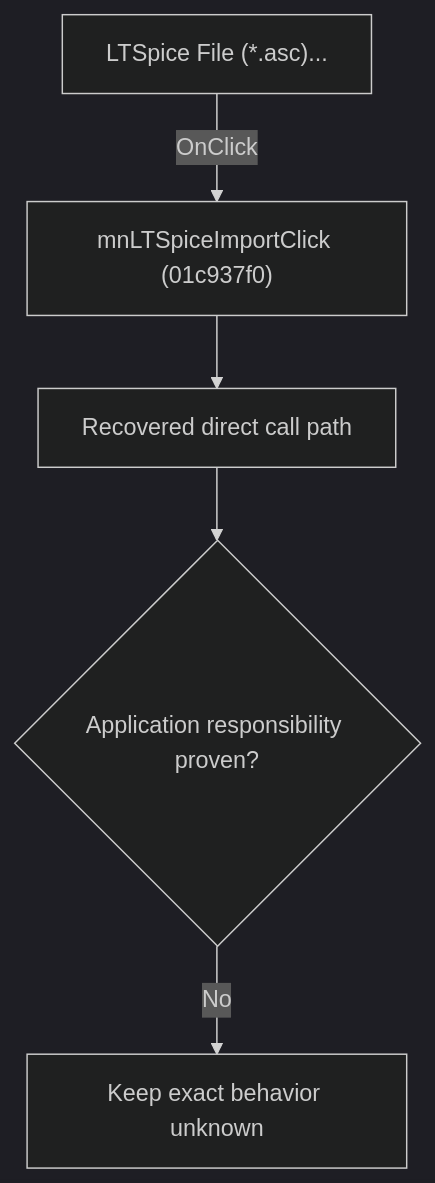
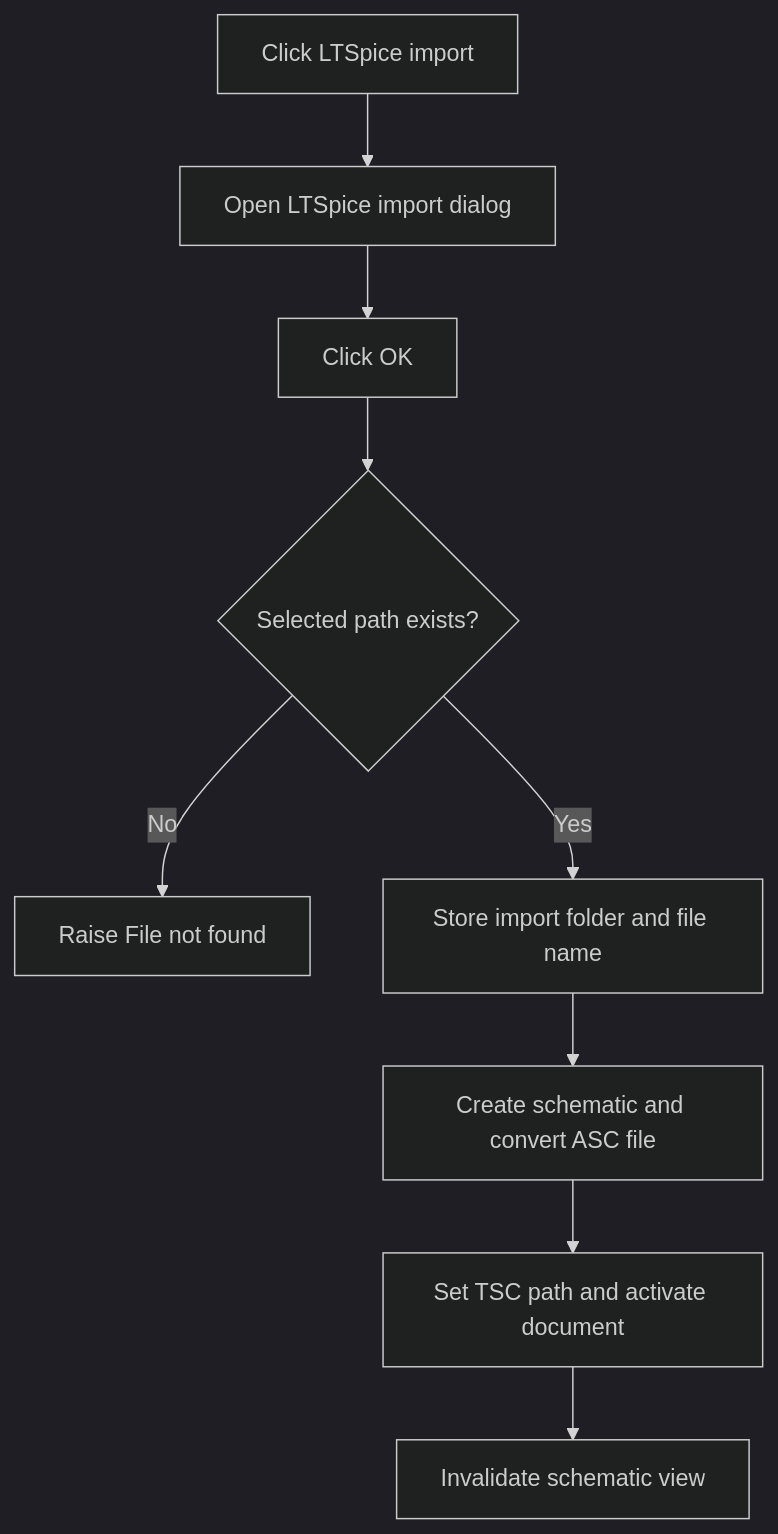
Before and after one commit to MovGP0/TIARA: the diagram in docs/ui-controls/schematiceditor/mnltspiceimport-312638853d.md, drawn with Mermaid (dark theme). The commit also changed other lines of this file and 241 other files, not shown here.

````diff
--- a/docs/ui-controls/schematiceditor/mnltspiceimport-312638853d.md
+++ b/docs/ui-controls/schematiceditor/mnltspiceimport-312638853d.md
@@ -27,7 +27,11 @@
 ```mermaid
 flowchart TD
-    control["LTSpice File (*.asc)..."] -->|"OnClick"| handler["mnLTSpiceImportClick (01c937f0)"]
-    handler --> recovered["Recovered direct call path"]
-    recovered --> gap{"Application responsibility proven?"}
-    gap -->|"No"| blocked["Keep exact behavior unknown"]
+    control["Click LTSpice import"] --> dialog["Open LTSpice import dialog"]
+    dialog --> ok["Click OK"]
+    ok --> exists{"Selected path exists?"}
+    exists -->|"No"| error["Raise File not found"]
+    exists -->|"Yes"| settings["Store import folder and file name"]
+    settings --> convert["Create schematic and convert ASC file"]
+    convert --> activate["Set TSC path and activate document"]
+    activate --> redraw["Invalidate schematic view"]
 ```
````
